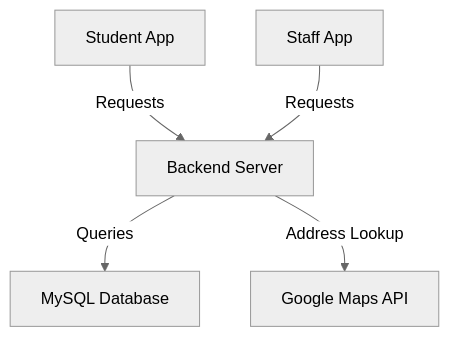
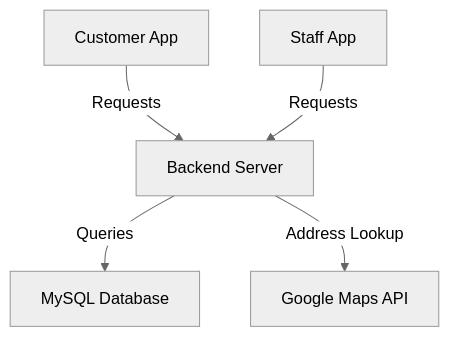
Before and after one commit to hnnrina/laundry-system-project: the diagram in README.md, drawn with Mermaid (neutral theme).

````diff
--- a/README.md
+++ b/README.md
@@ -45,16 +45,16 @@
 ```mermaid
 graph TD
 
 %% Components
-A1[Student App] 
+A1[Customer App] 
 A2[Staff App]
 B[Backend Server]
 C[MySQL Database]
 D[Google Maps API]
 
 %% Data Flow
 A1 -->|Requests| B
 A2 -->|Requests| B
 B -->|Queries| C
 B -->|Address Lookup| D
 ```
````
